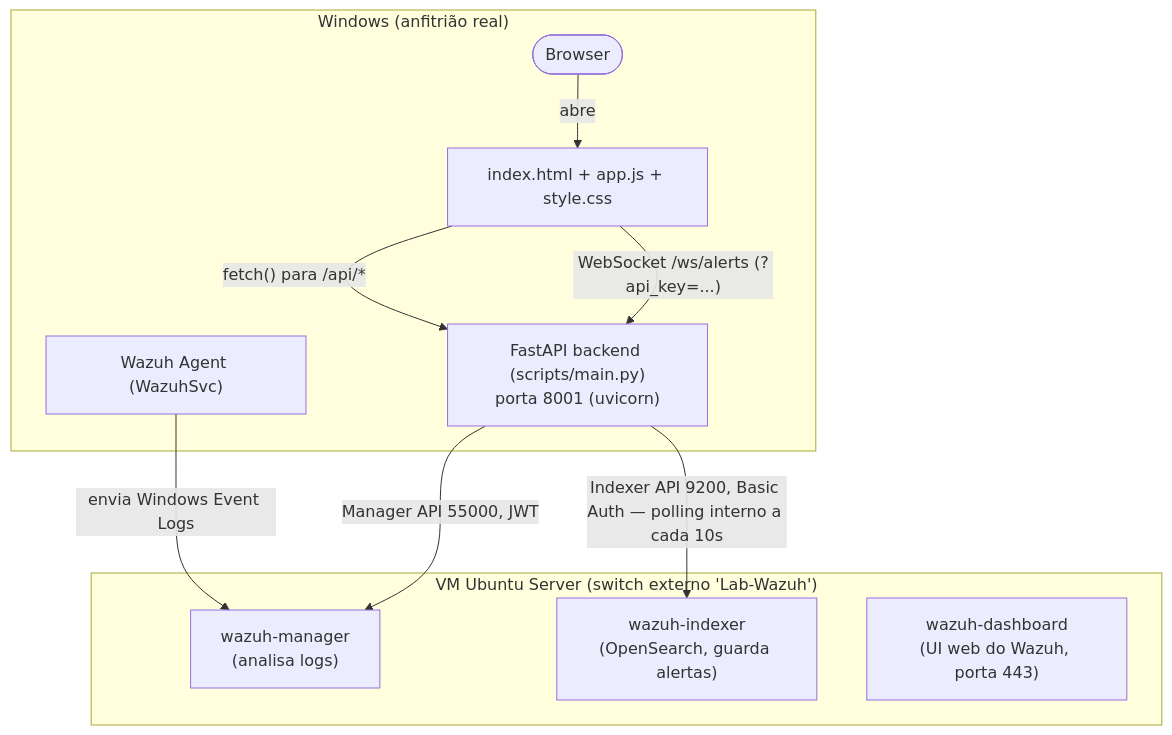
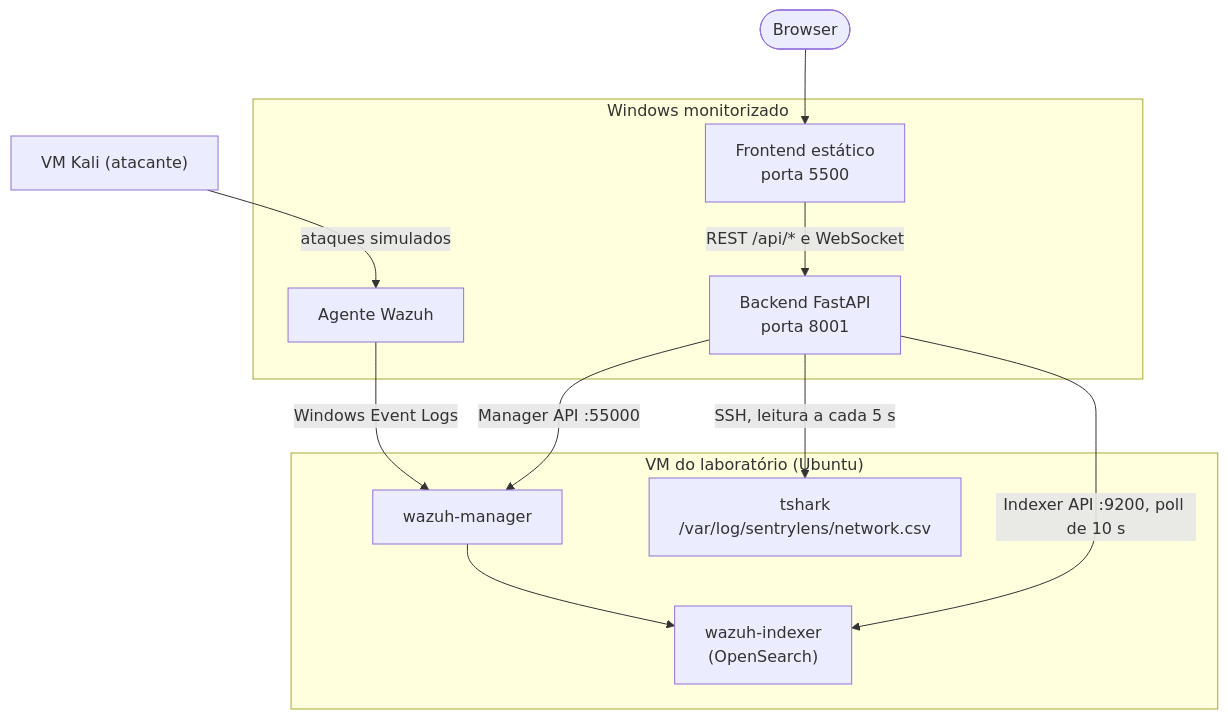
One commit to DrNOFX97/SentryLens changed the diagram in README.md. Above: the diagram before and after it, drawn with Mermaid. The commit also changed other lines of this file, not shown here.

First line of the commit message:
docs: reescreve o README para o público e corrige a descrição da captura de rede

````diff
--- a/README.md
+++ b/README.md
@@ -50,22 +42,27 @@
 ```mermaid
 flowchart TB
-    subgraph WIN["Windows (anfitrião real)"]
-        AGENT["Wazuh Agent (WazuhSvc)"]
-        BROWSER(["Browser"])
-        FRONTEND["index.html + app.js + style.css"]
-        BACKEND["FastAPI backend (scripts/main.py)<br/>porta 8001 (uvicorn)"]
+    KALI["VM Kali (atacante)"]
+
+    subgraph WIN["Windows monitorizado"]
+        AGENT["Agente Wazuh"]
+        BACKEND["Backend FastAPI<br/>porta 8001"]
+        FRONTEND["Frontend estático<br/>porta 5500"]
     end
 
-    subgraph VM["VM Ubuntu Server (switch externo 'Lab-Wazuh')"]
-        MANAGER["wazuh-manager<br/>(analisa logs)"]
-        INDEXER["wazuh-indexer<br/>(OpenSearch, guarda alertas)"]
-        DASHBOARD["wazuh-dashboard<br/>(UI web do Wazuh, porta 443)"]
+    subgraph VM["VM do laboratório (Ubuntu)"]
+        MANAGER["wazuh-manager"]
+        INDEXER["wazuh-indexer<br/>(OpenSearch)"]
+        TSHARK["tshark<br/>/var/log/sentrylens/network.csv"]
     end
 
-    BROWSER -->|abre| FRONTEND
-    FRONTEND -->|"fetch() para /api/*"| BACKEND
-    FRONTEND -->|"WebSocket /ws/alerts (?api_key=...)"| BACKEND
-    BACKEND -->|"Manager API 55000, JWT"| MANAGER
-    BACKEND -->|"Indexer API 9200, Basic Auth — polling interno a cada 10s"| INDEXER
-    AGENT -->|"envia Windows Event Logs"| MANAGER
+    BROWSER(["Browser"])
+
+    KALI -->|"ataques simulados"| AGENT
+    AGENT -->|"Windows Event Logs"| MANAGER
+    MANAGER --> INDEXER
+    BACKEND -->|"Manager API :55000"| MANAGER
+    BACKEND -->|"Indexer API :9200, poll de 10 s"| INDEXER
+    BACKEND -->|"SSH, leitura a cada 5 s"| TSHARK
+    BROWSER --> FRONTEND
+    FRONTEND -->|"REST /api/* e WebSocket"| BACKEND
 ```
````
